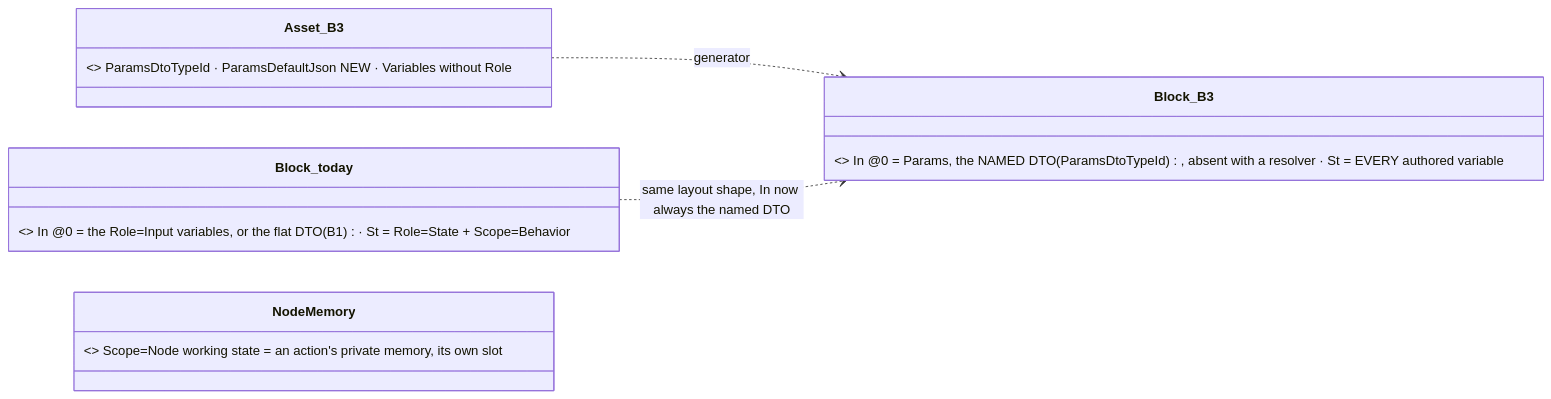
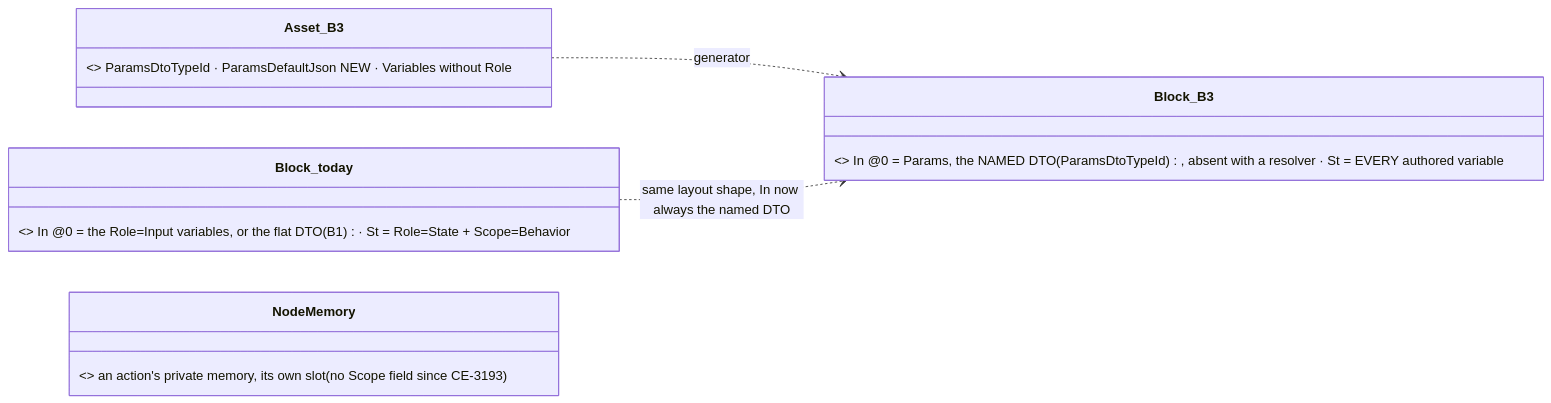
Before and after one commit to pjanec/HROT: the ninth of 51 diagrams in docs/DESIGN_Orders_Params_Entity_Classes.md, drawn with Mermaid. The commit also changed other lines of this file and 3 other files, not shown here.

First line of the commit message:
docs: supersede Role/Scope and pre-B3 params statements in the Orders and Parameter Model designs

````diff
--- a/docs/DESIGN_Orders_Params_Entity_Classes.md
+++ b/docs/DESIGN_Orders_Params_Entity_Classes.md
@@ -370,10 +370,10 @@
 ```mermaid
 classDiagram
   direction LR
-  class Block_today { <<Asset_Block today>> In @0 = the Role=Input variables, or the flat DTO (B1) · St = Role=State + Scope=Behavior }
+  class Block_today { <<Asset_Block before B3>> In @0 = the Role=Input variables, or the flat DTO (B1) · St = Role=State + Scope=Behavior }
   class Block_B3 { <<Asset_Block after B3>> In @0 = Params, the NAMED DTO (ParamsDtoTypeId), absent with a resolver · St = EVERY authored variable }
   class Asset_B3 { <<asset JSON after B3>> ParamsDtoTypeId · ParamsDefaultJson NEW · Variables without Role }
-  class NodeMemory { <<unchanged>> Scope=Node working state = an action's private memory, its own slot }
+  class NodeMemory { <<node-keyed slot>> an action's private memory, its own slot (no Scope field since CE-3193) }
   Asset_B3 ..> Block_B3 : generator
   Block_today ..> Block_B3 : same layout shape, In now always the named DTO
 ```
````
